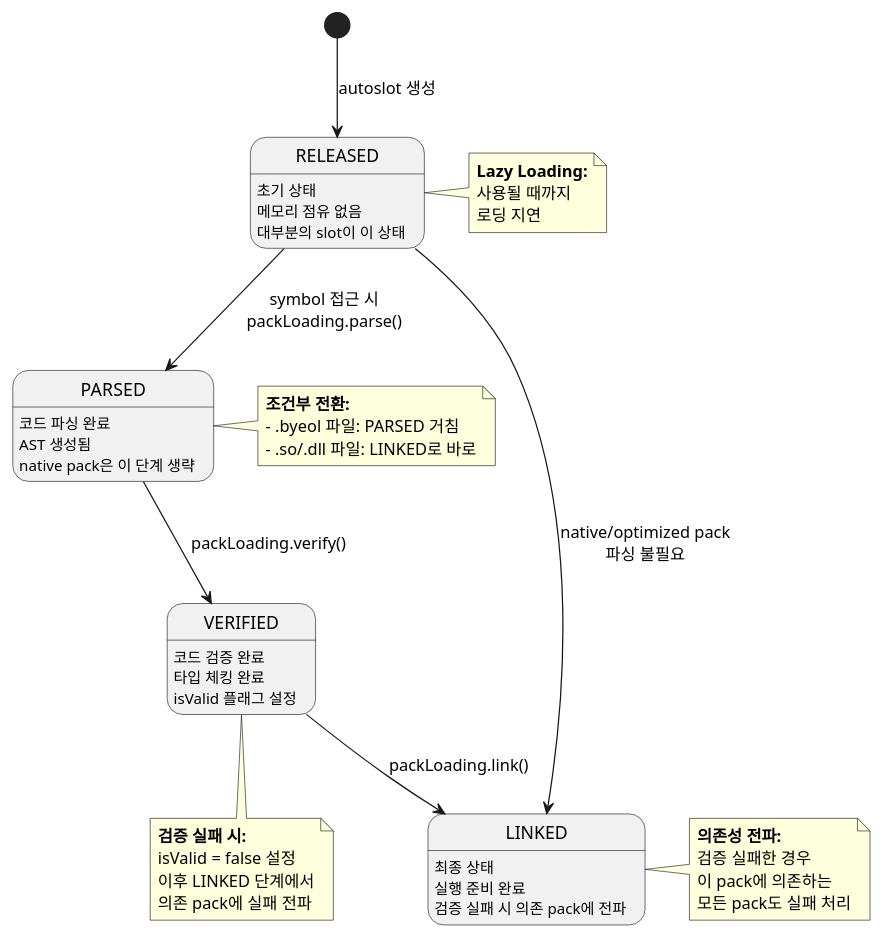
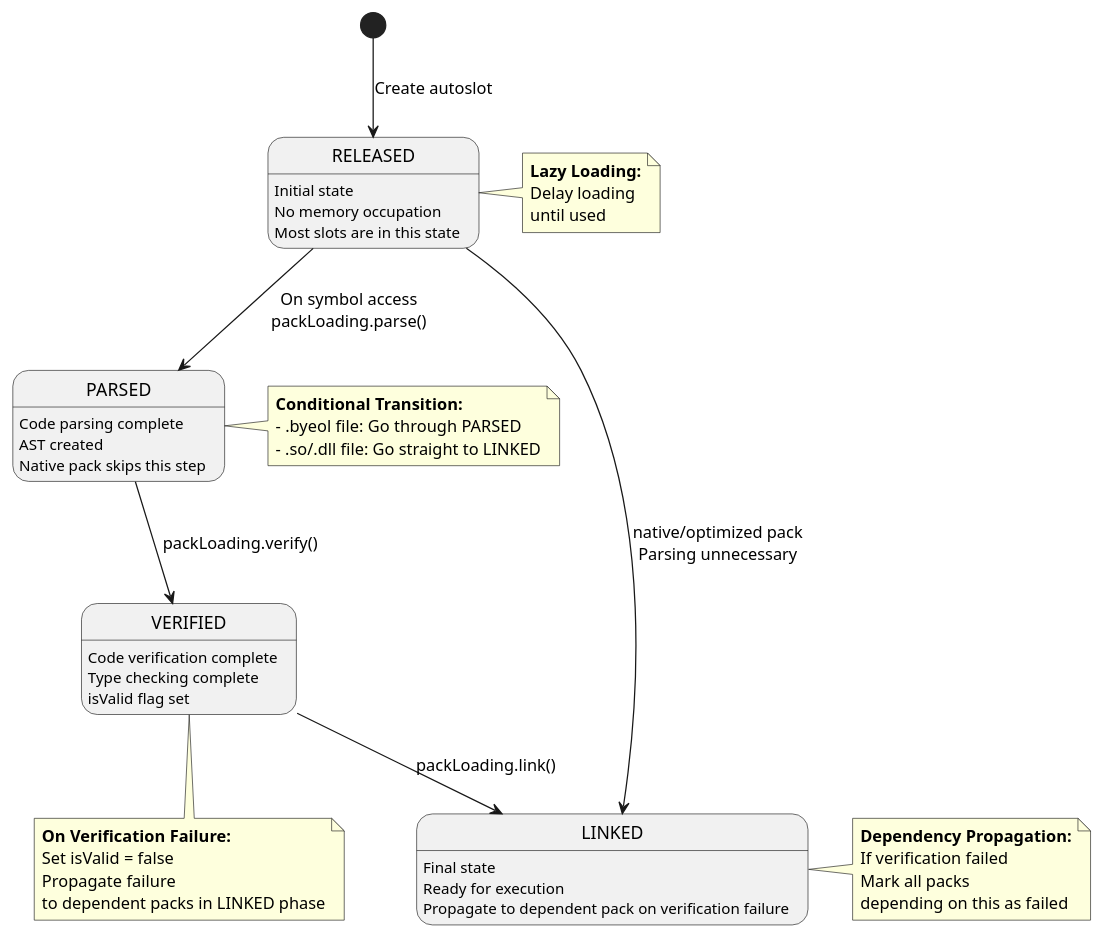
One commit to byeolang/byeol changed diagram 14 of 19 in doc/ref/ko/ai-architecture-core.md. Above: the diagram before and after it, drawn with PlantUML. The commit also changed other lines of this file, not shown here.

Commit message:
doc(core): translate english in plantuml to korean

```diff
--- a/doc/ref/ko/ai-architecture-core.md
+++ b/doc/ref/ko/ai-architecture-core.md
@@ -3017,61 +3017,61 @@
 @startuml
-[*] --> RELEASED : autoslot 생성
+[*] --> RELEASED : Create autoslot
 
 state RELEASED {
-    RELEASED : 초기 상태
-    RELEASED : 메모리 점유 없음
-    RELEASED : 대부분의 slot이 이 상태
+    RELEASED : Initial state
+    RELEASED : No memory occupation
+    RELEASED : Most slots are in this state
 }
 
 state PARSED {
-    PARSED : 코드 파싱 완료
-    PARSED : AST 생성됨
-    PARSED : native pack은 이 단계 생략
+    PARSED : Code parsing complete
+    PARSED : AST created
+    PARSED : Native pack skips this step
 }
 
 state VERIFIED {
-    VERIFIED : 코드 검증 완료
-    VERIFIED : 타입 체킹 완료
-    VERIFIED : isValid 플래그 설정
+    VERIFIED : Code verification complete
+    VERIFIED : Type checking complete
+    VERIFIED : isValid flag set
 }
 
 state LINKED {
-    LINKED : 최종 상태
-    LINKED : 실행 준비 완료
-    LINKED : 검증 실패 시 의존 pack에 전파
+    LINKED : Final state
+    LINKED : Ready for execution
+    LINKED : Propagate to dependent pack on verification failure
 }
 
-RELEASED --> PARSED : symbol 접근 시\npackLoading.parse()
-RELEASED --> LINKED : native/optimized pack\n파싱 불필요
+RELEASED --> PARSED : On symbol access\npackLoading.parse()
+RELEASED --> LINKED : native/optimized pack\nParsing unnecessary
 
 PARSED --> VERIFIED : packLoading.verify()
 
 VERIFIED --> LINKED : packLoading.link()
 
 note right of RELEASED
   <b>Lazy Loading:</b>
-  사용될 때까지
-  로딩 지연
+  Delay loading
+  until used
 end note
 
 note right of PARSED
-  <b>조건부 전환:</b>
-  - .byeol 파일: PARSED 거침
-  - .so/.dll 파일: LINKED로 바로
+  <b>Conditional Transition:</b>
+  - .byeol file: Go through PARSED
+  - .so/.dll file: Go straight to LINKED
 end note
 
 note bottom of VERIFIED
-  <b>검증 실패 시:</b>
-  isValid = false 설정
-  이후 LINKED 단계에서
-  의존 pack에 실패 전파
+  <b>On Verification Failure:</b>
+  Set isValid = false
+  Propagate failure
+  to dependent packs in LINKED phase
 end note
 
 note right of LINKED
-  <b>의존성 전파:</b>
-  검증 실패한 경우
-  이 pack에 의존하는
-  모든 pack도 실패 처리
+  <b>Dependency Propagation:</b>
+  If verification failed
+  Mark all packs
+  depending on this as failed
 end note
 
 @enduml
```
